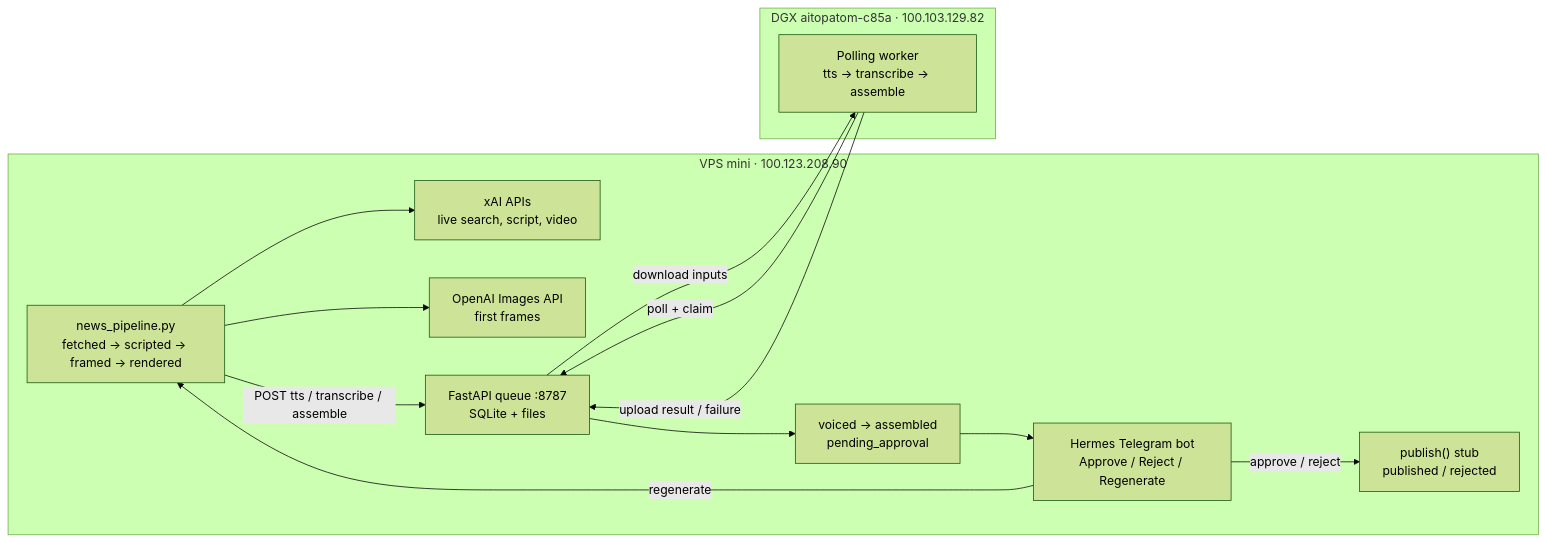
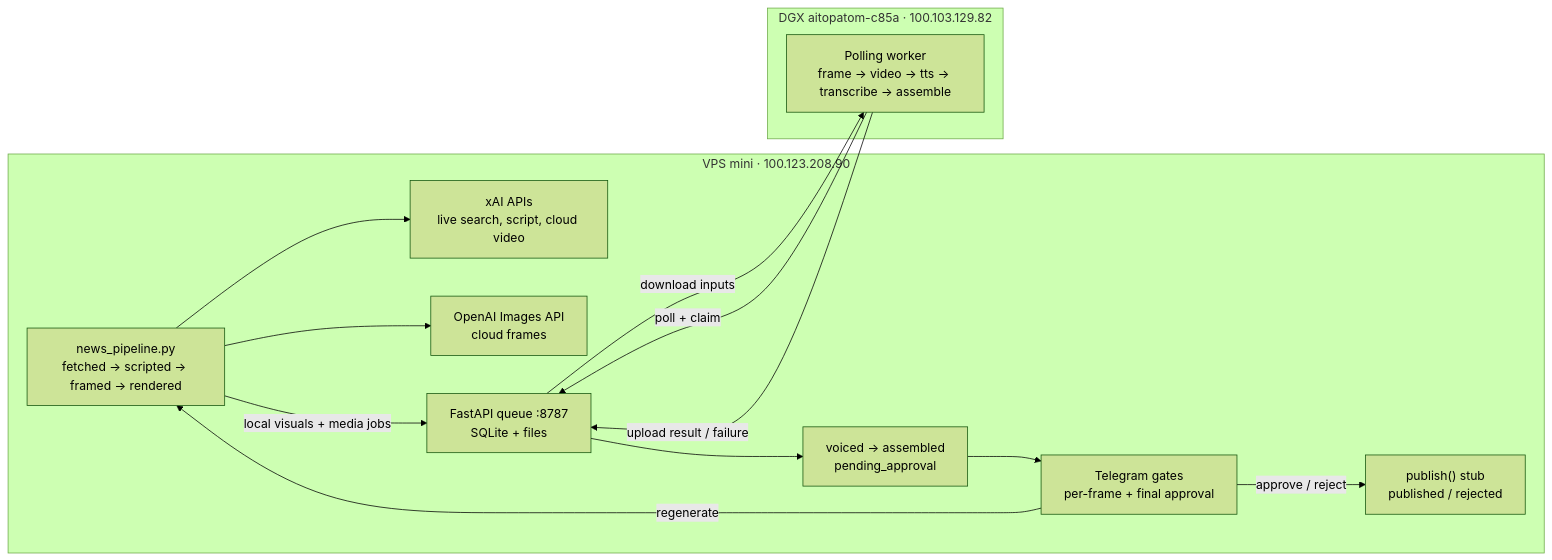
Before and after one commit to Tacdelgineer/framegate: the diagram in docs/ARCHITECTURE.md, drawn with Mermaid (forest theme). The commit also changed other lines of this file and 6 other files, not shown here.

````diff
--- a/docs/ARCHITECTURE.md
+++ b/docs/ARCHITECTURE.md
@@ -35,27 +35,27 @@
 ```mermaid
 flowchart LR
     subgraph VPS["VPS mini · 100.123.208.90"]
         P["news_pipeline.py<br/>fetched → scripted → framed → rendered"]
-        X["xAI APIs<br/>live search, script, video"]
-        O["OpenAI Images API<br/>first frames"]
+        X["xAI APIs<br/>live search, script, cloud video"]
+        O["OpenAI Images API<br/>cloud frames"]
         Q["FastAPI queue :8787<br/>SQLite + files"]
         A["voiced → assembled<br/>pending_approval"]
-        T["Hermes Telegram bot<br/>Approve / Reject / Regenerate"]
+        T["Telegram gates<br/>per-frame + final approval"]
         U["publish() stub<br/>published / rejected"]
     end
 
     subgraph DGX["DGX aitopatom-c85a · 100.103.129.82"]
-        W["Polling worker<br/>tts → transcribe → assemble"]
+        W["Polling worker<br/>frame → video → tts → transcribe → assemble"]
     end
 
     P --> X
     P --> O
-    P -->|POST tts / transcribe / assemble| Q
+    P -->|local visuals + media jobs| Q
     W -->|poll + claim| Q
     Q -->|download inputs| W
     W -->|upload result / failure| Q
     Q --> A
     A --> T
     T -->|approve / reject| U
     T -->|regenerate| P
 ```
````
